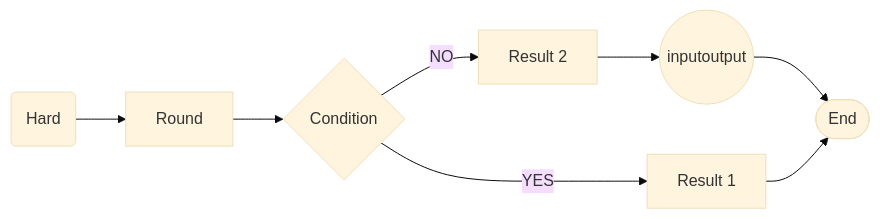
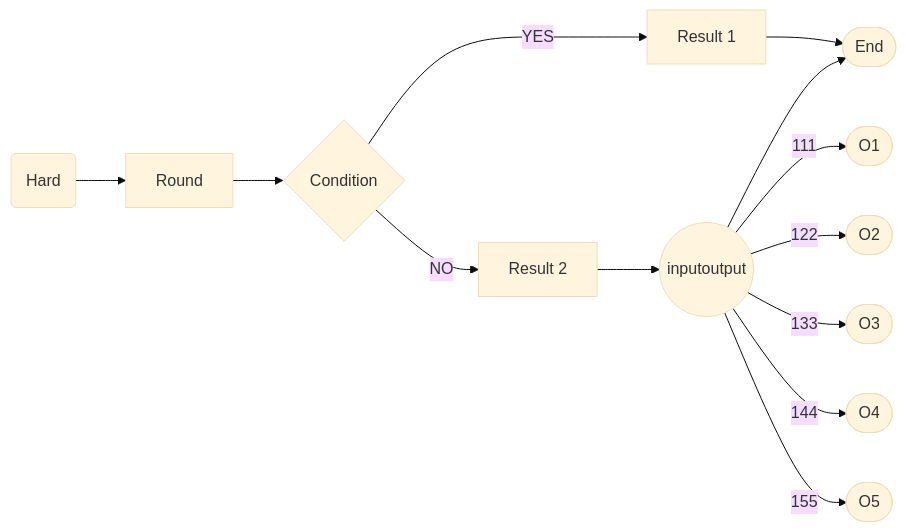
One commit to comedyy/UnityFlowMd changed the diagram in Assets/Mermaid.md. Above: the diagram before and after it, drawn with Mermaid (base theme). The commit also changed 10 other files, not shown here.

````diff
--- a/Assets/Mermaid.md
+++ b/Assets/Mermaid.md
@@ -1,14 +1,24 @@
 ```mermaid
 flowchart LR
 A!(Hard)
 B[Round]
 C{Condition}
 H((inputoutput))
 D[Result 1]
 E[Result 2]
+O1([O1])
+O2([O2])
+O3([O3])
+O4([O4])
+O5([O5])
 G([End])
 
 A! --> B --> C -->|YES|D
 C -->|NO| E-->H-->G
 D -->G
+H --> |111|O1
+H --> |122|O2
+H --> |133|O3
+H --> |144|O4
+H --> |155|O5
 ```
````
